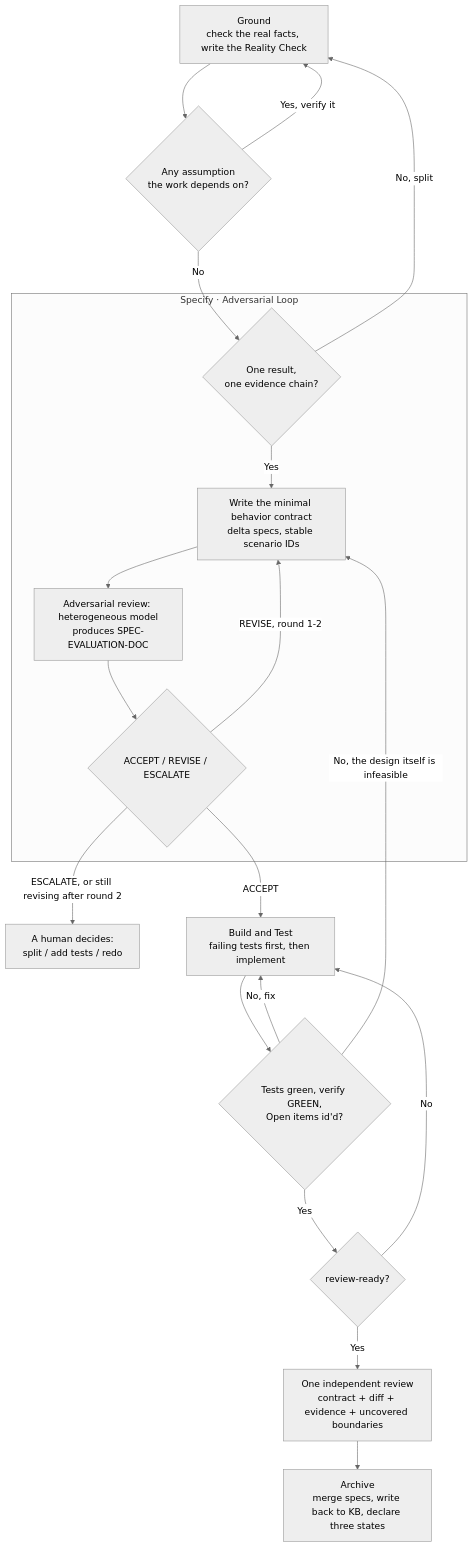
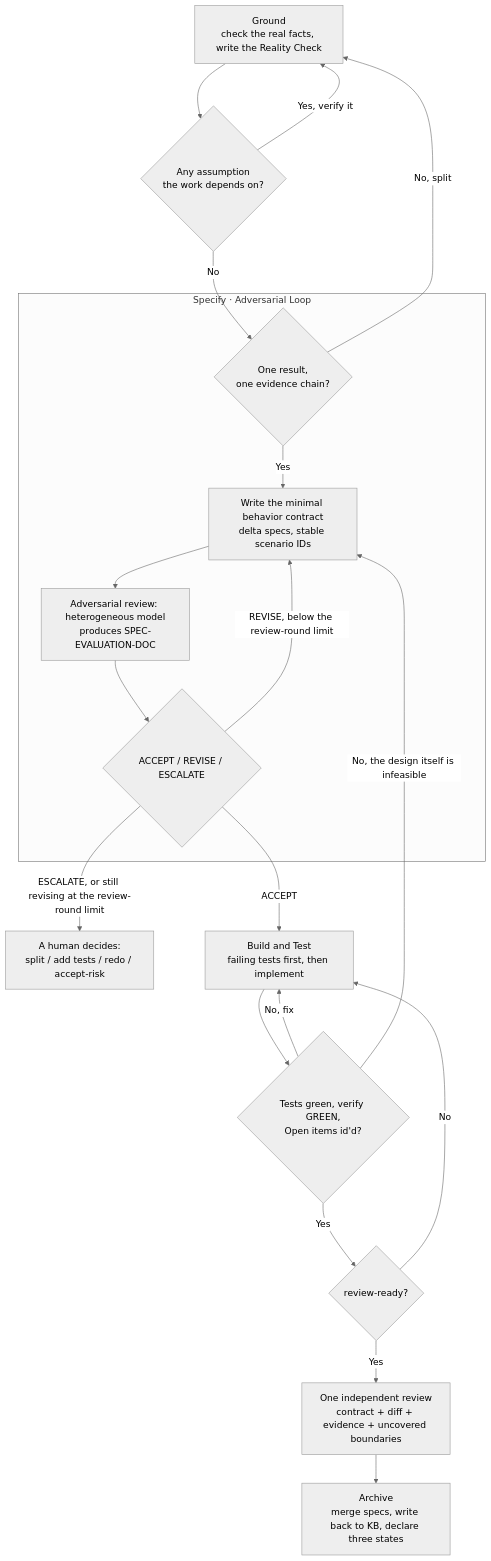
The diagram in docs/concepts.md (Apriorhythm/apriori-spec-development), drawn with Mermaid (neutral theme) before and after one commit. The commit also changed other lines of this file and 51 other files, not shown here.

First line of the commit message:
review-round-limit: the review loop is governed by the human-held round limit

````diff
--- a/docs/concepts.md
+++ b/docs/concepts.md
@@ -293,25 +293,25 @@
 ```mermaid
 graph TD
     B[Ground<br/>check the real facts, write the Reality Check]
     B --> B2{Any assumption<br/>the work depends on?}
     B2 -- Yes, verify it --> B
     B2 -- No --> C0{One result,<br/>one evidence chain?}
     C0 -- No, split --> B
 
     subgraph S1[Specify · Adversarial Loop]
         C0 -- Yes --> C[Write the minimal behavior contract<br/>delta specs, stable scenario IDs]
         C --> D[Adversarial review: heterogeneous model<br/>produces SPEC-EVALUATION-DOC]
         D --> D2{ACCEPT / REVISE / ESCALATE}
-        D2 -- REVISE, round 1-2 --> C
+        D2 -- REVISE, below the review-round limit --> C
     end
 
-    D2 -- ESCALATE, or still revising after round 2 --> X[A human decides:<br/>split / add tests / redo]
+    D2 -- ESCALATE, or still revising at the review-round limit --> X[A human decides:<br/>split / add tests / redo / accept-risk]
     D2 -- ACCEPT --> H[Build and Test<br/>failing tests first, then implement]
     H --> H2{Tests green, verify GREEN,<br/>Open items id'd?}
     H2 -- No, fix --> H
     H2 -- No, the design itself is infeasible --> C
     H2 -- Yes --> R{review-ready?}
     R -- No --> H
     R -- Yes --> RV[One independent review<br/>contract + diff + evidence + uncovered boundaries]
     RV --> I[Archive<br/>merge specs, write back to KB, declare three states]
 ```
````
